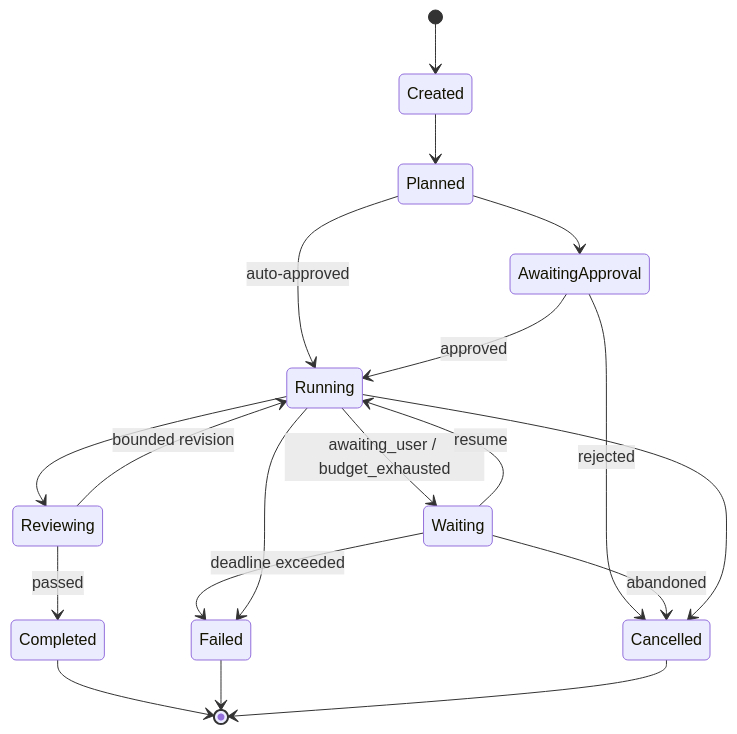
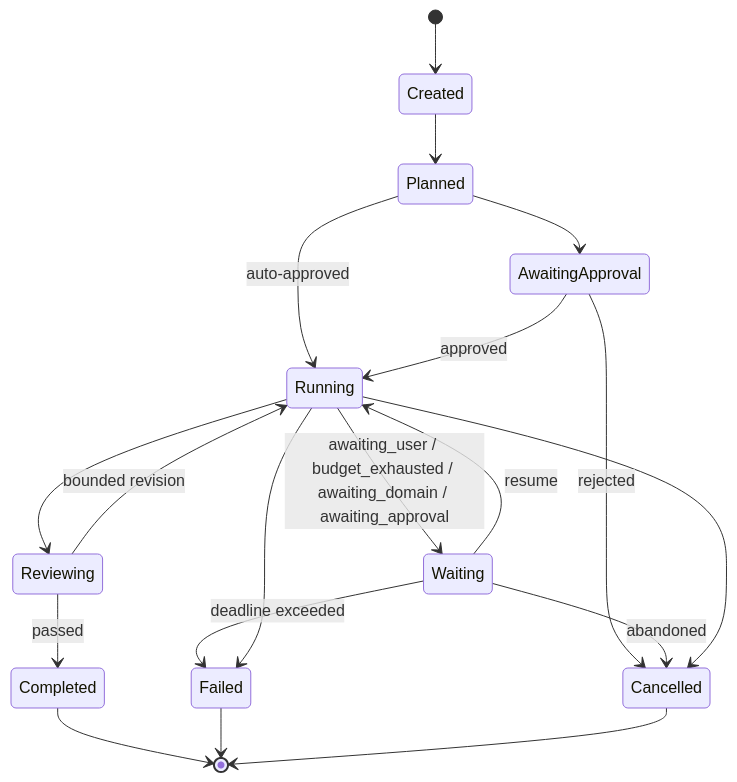
Before and after one commit to human-cosmos/search-rec-docs: the second of 4 diagrams in implementation/04_VideoDomainAgent_详细设计与实施手册.md, drawn with Mermaid. The commit also changed other lines of this file and 12 other files, not shown here.

````diff
--- a/implementation/04_VideoDomainAgent_详细设计与实施手册.md
+++ b/implementation/04_VideoDomainAgent_详细设计与实施手册.md
@@ -134,21 +191,21 @@
 ```mermaid
 stateDiagram-v2
   [*] --> Created
   Created --> Planned
   Planned --> AwaitingApproval
   Planned --> Running: auto-approved
   AwaitingApproval --> Running: approved
   AwaitingApproval --> Cancelled: rejected
-  Running --> Waiting: awaiting_user / budget_exhausted
+  Running --> Waiting: awaiting_user / budget_exhausted / awaiting_domain / awaiting_approval
   Waiting --> Running: resume
   Waiting --> Cancelled: abandoned
   Waiting --> Failed: deadline exceeded
   Running --> Reviewing
   Reviewing --> Running: bounded revision
   Reviewing --> Completed: passed
   Running --> Failed
   Running --> Cancelled
   Completed --> [*]
   Failed --> [*]
   Cancelled --> [*]
 ```
````
